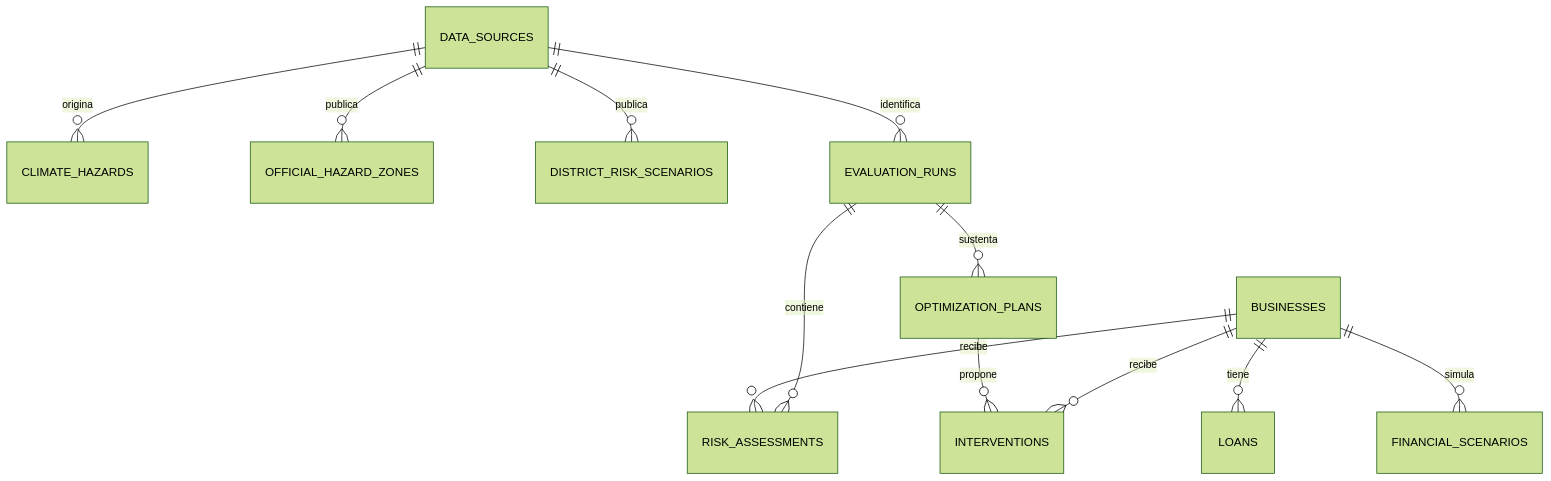
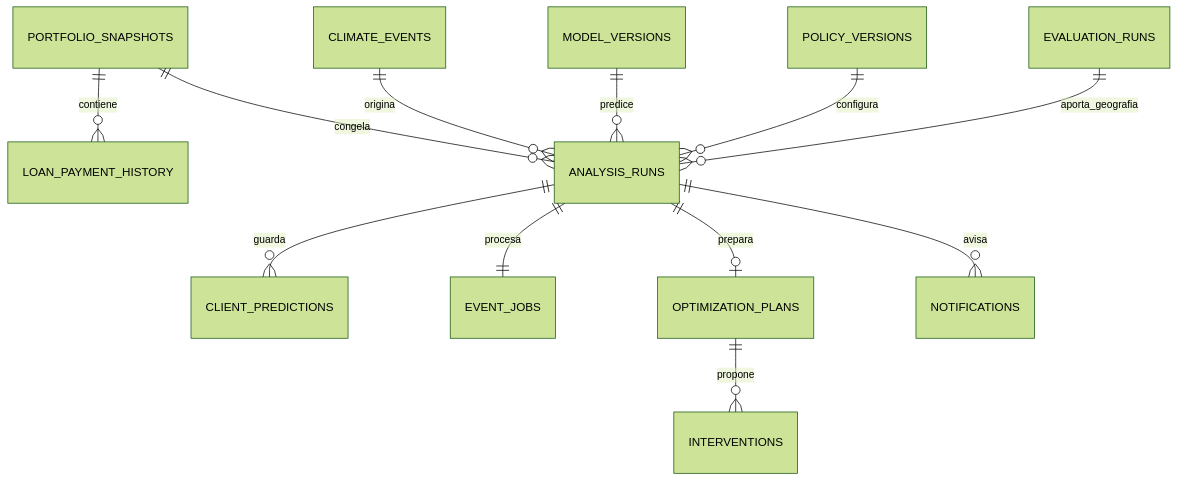
One commit to jharopr/cajathon-mvp changed the second of 2 diagrams in docs/architecture.md. Above: the diagram before and after it, drawn with Mermaid (forest theme). The commit also changed other lines of this file and 75 other files, not shown here.

````diff
--- a/docs/architecture.md
+++ b/docs/architecture.md
@@ -27,14 +62,14 @@
 ```mermaid
 erDiagram
-  DATA_SOURCES ||--o{ CLIMATE_HAZARDS : origina
-  DATA_SOURCES ||--o{ OFFICIAL_HAZARD_ZONES : publica
-  DATA_SOURCES ||--o{ DISTRICT_RISK_SCENARIOS : publica
-  DATA_SOURCES ||--o{ EVALUATION_RUNS : identifica
-  BUSINESSES ||--o{ LOANS : tiene
-  BUSINESSES ||--o{ RISK_ASSESSMENTS : recibe
-  EVALUATION_RUNS ||--o{ RISK_ASSESSMENTS : contiene
-  BUSINESSES ||--o{ FINANCIAL_SCENARIOS : simula
-  EVALUATION_RUNS ||--o{ OPTIMIZATION_PLANS : sustenta
+  PORTFOLIO_SNAPSHOTS ||--o{ LOAN_PAYMENT_HISTORY : contiene
+  PORTFOLIO_SNAPSHOTS ||--o{ ANALYSIS_RUNS : congela
+  CLIMATE_EVENTS ||--o{ ANALYSIS_RUNS : origina
+  MODEL_VERSIONS ||--o{ ANALYSIS_RUNS : predice
+  POLICY_VERSIONS ||--o{ ANALYSIS_RUNS : configura
+  EVALUATION_RUNS ||--o{ ANALYSIS_RUNS : aporta_geografia
+  ANALYSIS_RUNS ||--o{ CLIENT_PREDICTIONS : guarda
+  ANALYSIS_RUNS ||--|| EVENT_JOBS : procesa
+  ANALYSIS_RUNS ||--o| OPTIMIZATION_PLANS : prepara
+  ANALYSIS_RUNS ||--o{ NOTIFICATIONS : avisa
   OPTIMIZATION_PLANS ||--o{ INTERVENTIONS : propone
-  BUSINESSES ||--o{ INTERVENTIONS : recibe
 ```
````
